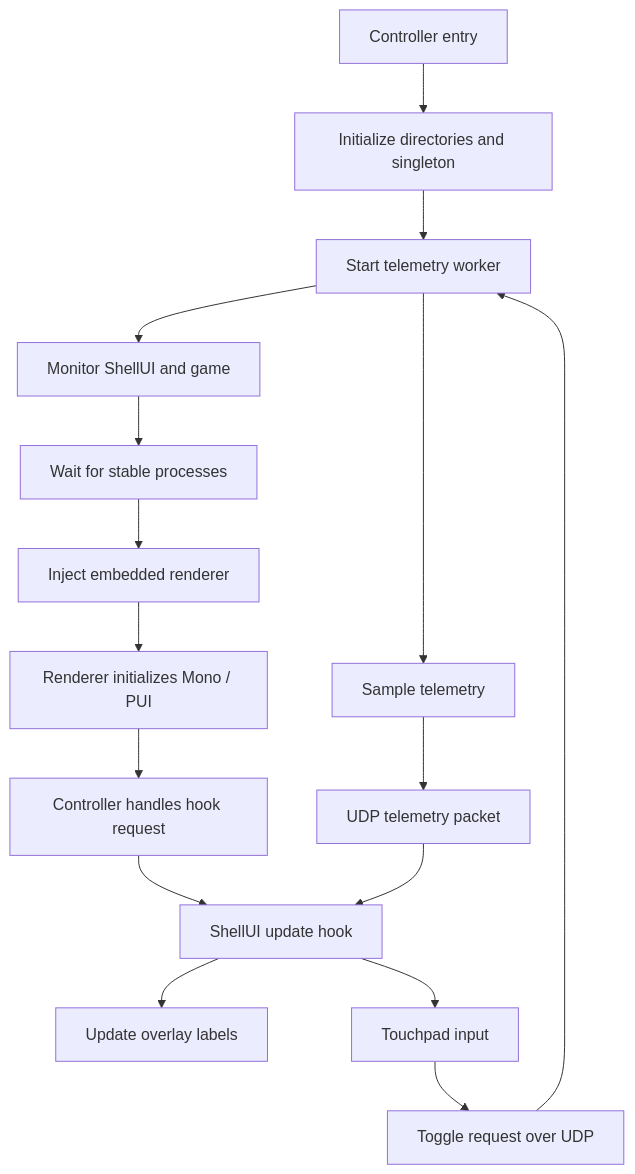
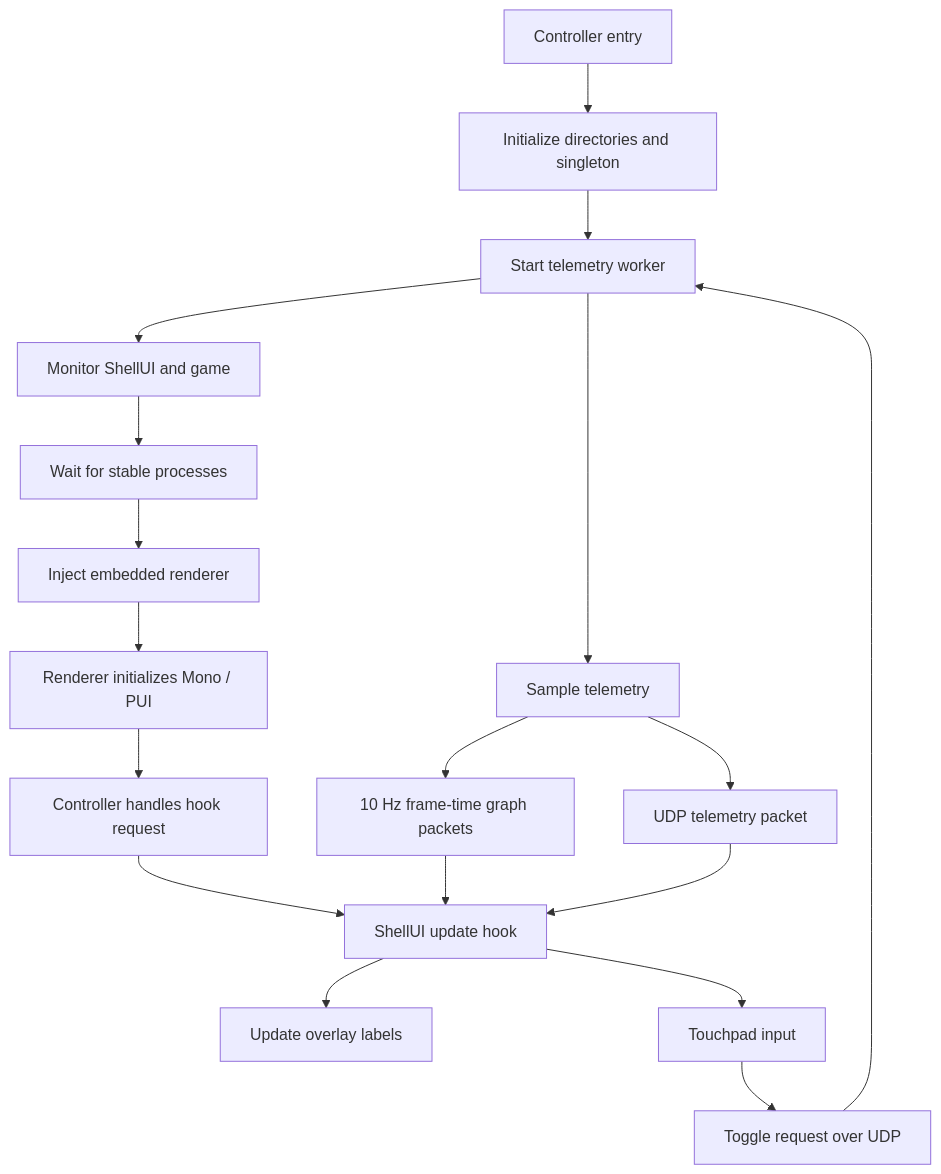
One commit to X1NONs/PrefBar changed the diagram in Docs/HOW_IT_WORKS.md. Above: the diagram before and after it, drawn with Mermaid. The commit also changed other lines of this file, not shown here.

Commit message:
Document optional frame-time graph telemetry

````diff
--- a/Docs/HOW_IT_WORKS.md
+++ b/Docs/HOW_IT_WORKS.md
@@ -42,18 +42,20 @@
 ```mermaid
 flowchart TD
     A["Controller entry"] --> B["Initialize directories and singleton"]
     B --> C["Start telemetry worker"]
     C --> D["Monitor ShellUI and game"]
     D --> E["Wait for stable processes"]
     E --> F["Inject embedded renderer"]
     F --> G["Renderer initializes Mono / PUI"]
     G --> H["Controller handles hook request"]
     H --> I["ShellUI update hook"]
     C --> J["Sample telemetry"]
     J --> K["UDP telemetry packet"]
+    J --> P["10 Hz frame-time graph packets"]
+    P --> I
     K --> I
     I --> L["Update overlay labels"]
     I --> M["Touchpad input"]
     M --> N["Toggle request over UDP"]
     N --> C
 ```
````
